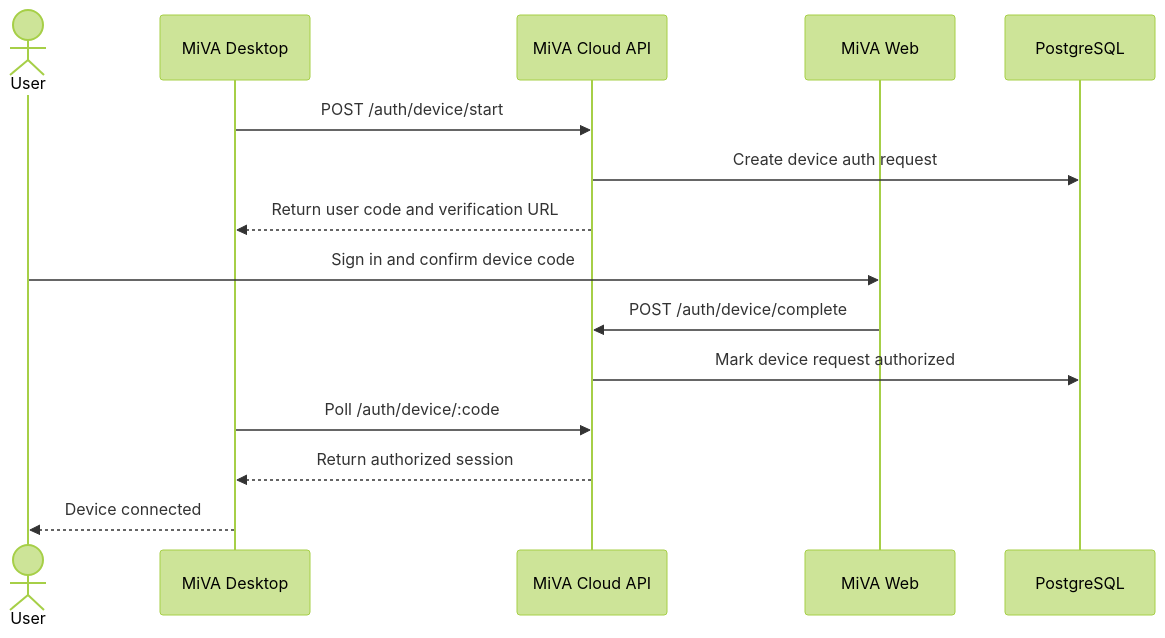
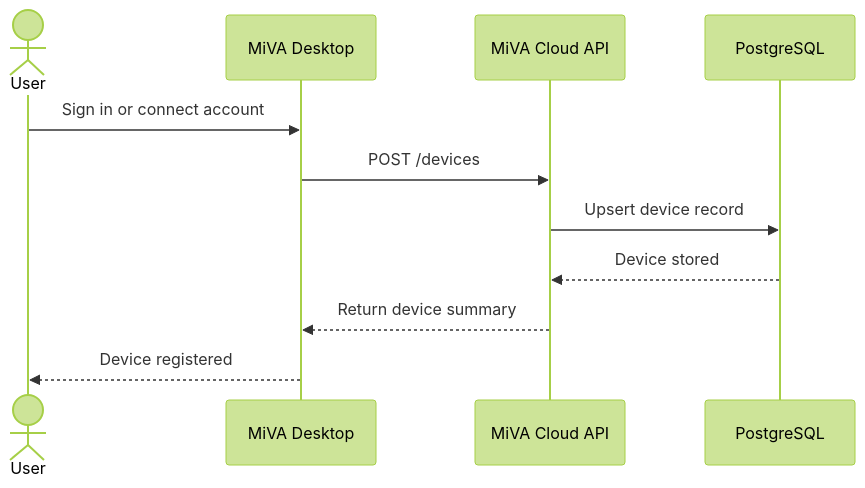
Before and after one commit to jimpmg123/MiVA: the third of 7 diagrams in docs/SOFTWARE_DESIGN_DOCUMENT.md, drawn with Mermaid (forest theme). The commit also changed other lines of this file and 7 other files, not shown here.

````diff
--- a/docs/SOFTWARE_DESIGN_DOCUMENT.md
+++ b/docs/SOFTWARE_DESIGN_DOCUMENT.md
@@ -477,18 +481,14 @@
 ```mermaid
 sequenceDiagram
   actor User
   participant Desktop as MiVA Desktop
   participant API as MiVA Cloud API
-  participant Web as MiVA Web
   participant DB as PostgreSQL
 
-  Desktop->>API: POST /auth/device/start
-  API->>DB: Create device auth request
-  API-->>Desktop: Return user code and verification URL
-  User->>Web: Sign in and confirm device code
-  Web->>API: POST /auth/device/complete
-  API->>DB: Mark device request authorized
-  Desktop->>API: Poll /auth/device/:code
-  API-->>Desktop: Return authorized session
-  Desktop-->>User: Device connected
+  User->>Desktop: Sign in or connect account
+  Desktop->>API: POST /devices
+  API->>DB: Upsert device record
+  DB-->>API: Device stored
+  API-->>Desktop: Return device summary
+  Desktop-->>User: Device registered
 ```
````
